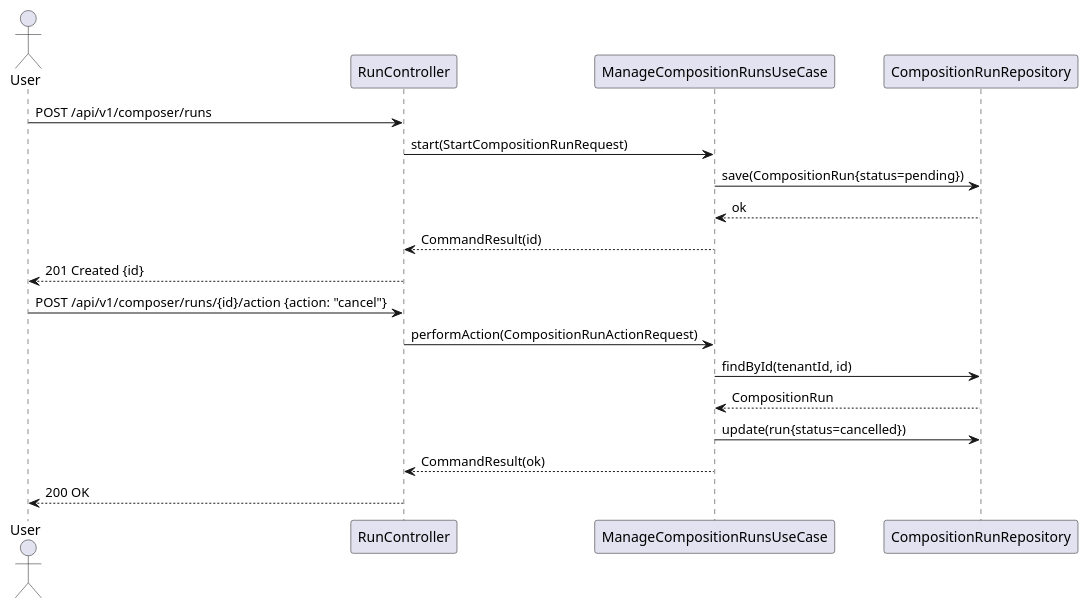
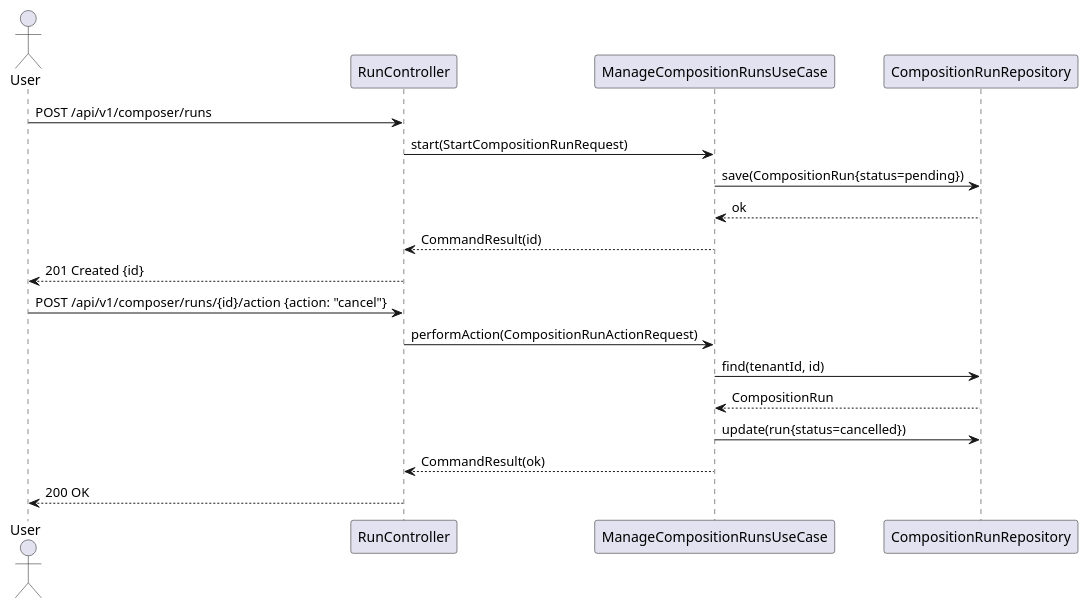
One commit to UIMSolutions/uim-platform changed the third of 3 diagrams in datasphere-composer/UML.md. Above: the diagram before and after it, drawn with PlantUML. The commit also changed 501 other files, not shown here.

````diff
--- a/datasphere-composer/UML.md
+++ b/datasphere-composer/UML.md
@@ -144,23 +144,23 @@
 ```plantuml
 @startuml
 actor User
 participant "RunController" as C
 participant "ManageCompositionRunsUseCase" as UC
 participant "CompositionRunRepository" as R
 
 User -> C : POST /api/v1/composer/runs
 C -> UC : start(StartCompositionRunRequest)
 UC -> R : save(CompositionRun{status=pending})
 R --> UC : ok
 UC --> C : CommandResult(id)
 C --> User : 201 Created {id}
 
 User -> C : POST /api/v1/composer/runs/{id}/action {action: "cancel"}
 C -> UC : performAction(CompositionRunActionRequest)
-UC -> R : findById(tenantId, id)
+UC -> R : find(tenantId, id)
 R --> UC : CompositionRun
 UC -> R : update(run{status=cancelled})
 UC --> C : CommandResult(ok)
 C --> User : 200 OK
 @enduml
 ```
````
